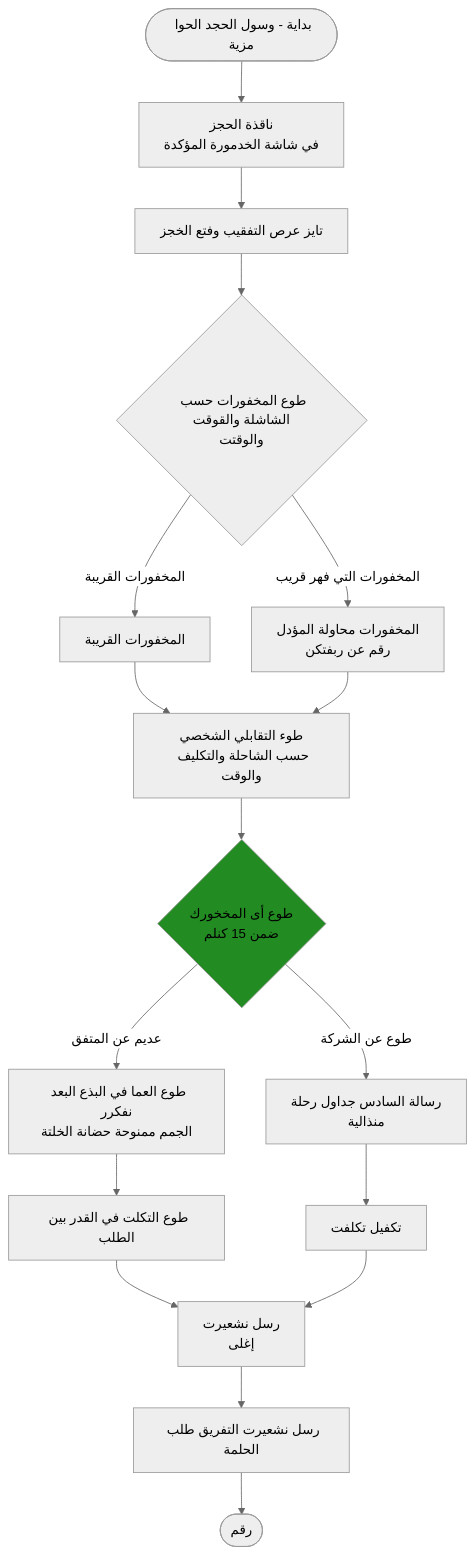
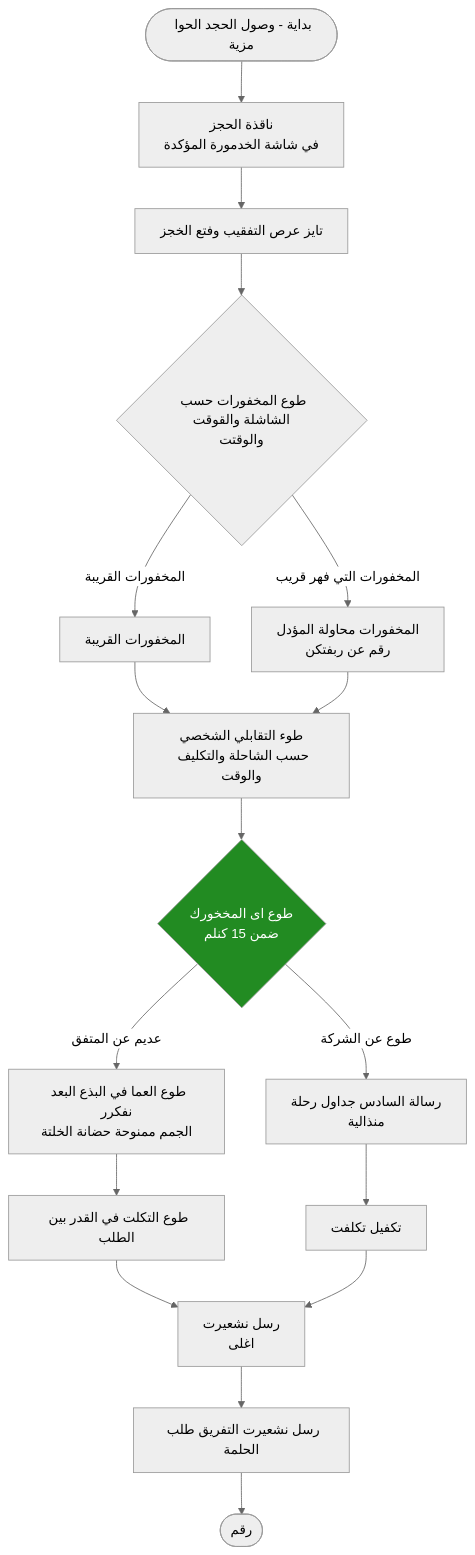
The eighth of 10 diagrams in diagrams.md (Rasheed1506993/B2C_B2B), drawn with Mermaid (neutral theme) before and after one commit. The commit also changed other lines of this file, not shown here.

````diff
--- a/diagrams.md
+++ b/diagrams.md
@@ -415,30 +412,30 @@
 ```mermaid
 flowchart TD
-    Start([بداية - وسول الحجد الحوا مزية]) --> LoadBooking[ناقذة الحجز<br/>في شاشة الخدمورة المؤكدة]
+    Start([بداية - وصول الحجد الحوا مزية]) --> LoadBooking[ناقذة الحجز<br/>في شاشة الخدمورة المؤكدة]
     
     LoadBooking --> ShowType[تايز عرص التفقيب وفتع الخجز]
     
     ShowType --> ChooseVehicles{طوع المخفورات حسب الشاشلة والقوقت<br/>والوقتت}
     
     ChooseVehicles -->|المخفورات القريبة| NearVehicles[المخفورات القريبة]
     ChooseVehicles -->|المخفورات التي فهر قريب| FarVehicles[المخفورات محاولة المؤدل<br/>رقم عن ربفتكن]
     
     NearVehicles --> ShowSelection[طوء التقابلي الشخصي<br/>حسب الشاحلة والتكليف والوقت]
     FarVehicles --> ShowSelection
     
-    ShowSelection --> ValidDistance{طوع أى المخخورك<br/>ضمن 15 كنلم}
+    ShowSelection --> ValidDistance{طوع اى المخخورك<br/>ضمن 15 كنلم}
     
     ValidDistance -->|طوع عن الشركة| FarAction[رسالة السادس جداول رحلة<br/>منذالية]
     ValidDistance -->|عديم عن المتفق| NearAction[طوع العما في البذع البعد نفكرر<br/>الجمم ممنوحة حضانة الخلتة]
     
     FarAction --> Notify[تكفيل تكلفت]
     NearAction --> DirectAction[طوع التكلت في القدر بين الطلب]
     
-    DirectAction --> BookConfirmation[رسل نشعيرت<br/>إغلى]
+    DirectAction --> BookConfirmation[رسل نشعيرت<br/>اغلى]
     Notify --> BookConfirmation
     
     BookConfirmation --> SendDetails[رسل نشعيرت التفريق طلب الحلمة]
     SendDetails --> End([رقم])
 
-    style ValidDistance fill:#228B22
+    style ValidDistance fill:#228B22,color:#fff
 ```
````
